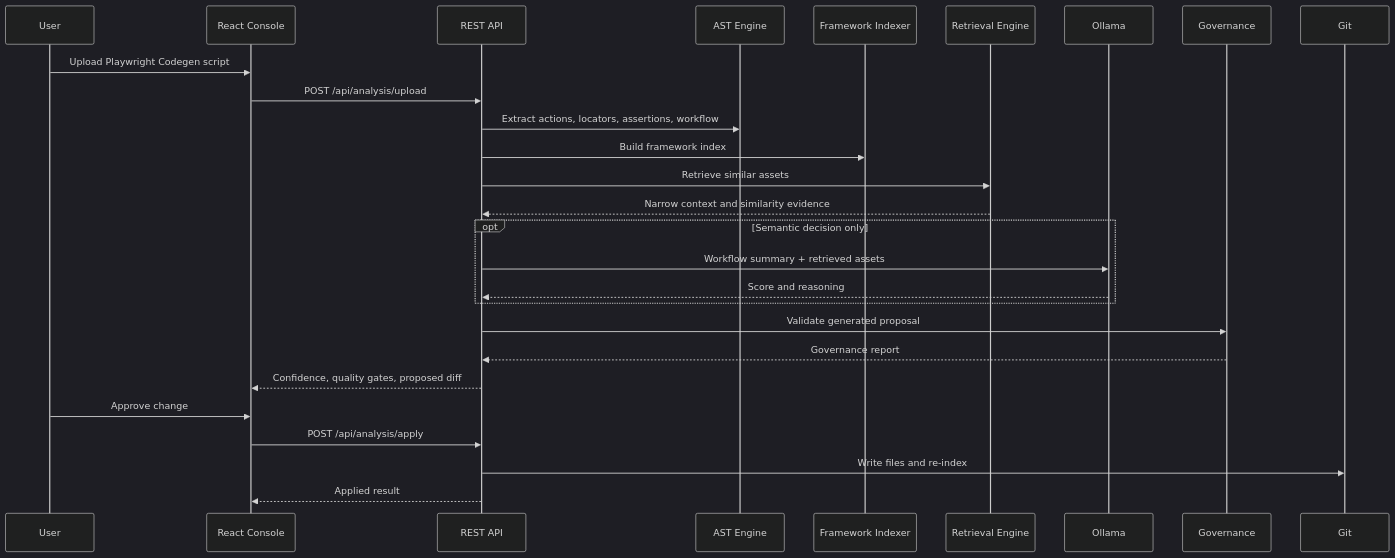
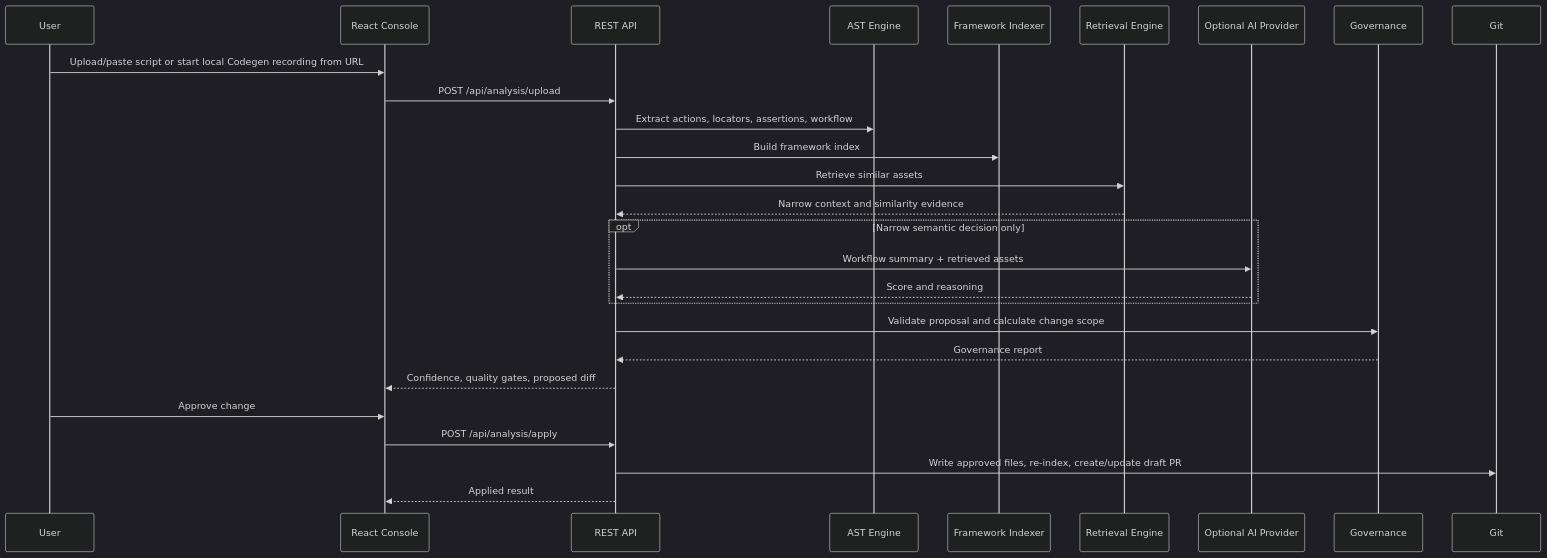
Before and after one commit to pavankumarh14/EndToEndPlayWrightAutomationTool: the diagram in docs/diagrams/upload-flow.md, drawn with Mermaid (dark theme). The commit also changed other lines of this file and 26 other files, not shown here.

````diff
--- a/docs/diagrams/upload-flow.md
+++ b/docs/diagrams/upload-flow.md
@@ -3,30 +3,30 @@
 ```mermaid
 sequenceDiagram
   participant U as User
   participant UI as React Console
   participant API as REST API
   participant AST as AST Engine
   participant IDX as Framework Indexer
   participant RET as Retrieval Engine
-  participant AI as Ollama
+  participant AI as Optional AI Provider
   participant GOV as Governance
   participant GIT as Git
 
-  U->>UI: Upload Playwright Codegen script
+  U->>UI: Upload/paste script or start local Codegen recording from URL
   UI->>API: POST /api/analysis/upload
   API->>AST: Extract actions, locators, assertions, workflow
   API->>IDX: Build framework index
   API->>RET: Retrieve similar assets
   RET-->>API: Narrow context and similarity evidence
-  opt Semantic decision only
+  opt Narrow semantic decision only
     API->>AI: Workflow summary + retrieved assets
     AI-->>API: Score and reasoning
   end
-  API->>GOV: Validate generated proposal
+  API->>GOV: Validate proposal and calculate change scope
   GOV-->>API: Governance report
   API-->>UI: Confidence, quality gates, proposed diff
   U->>UI: Approve change
   UI->>API: POST /api/analysis/apply
-  API->>GIT: Write files and re-index
+  API->>GIT: Write approved files, re-index, create/update draft PR
   API-->>UI: Applied result
 ```
````
